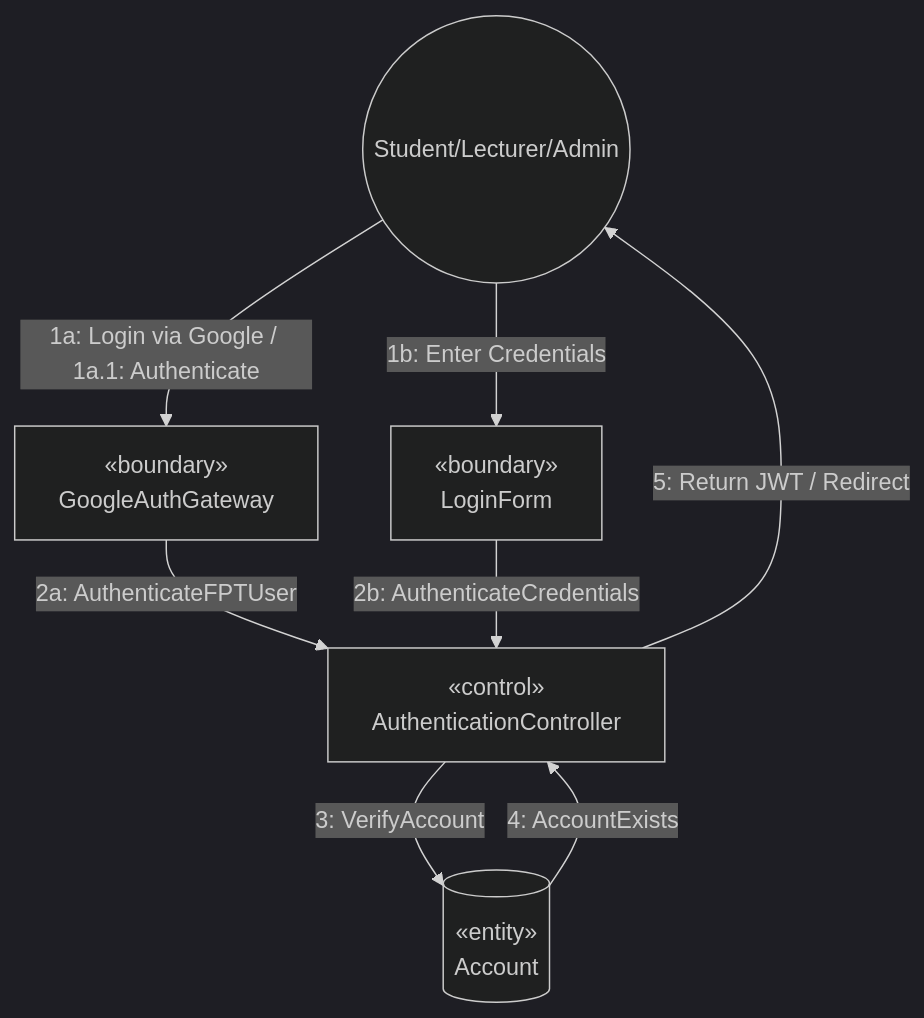
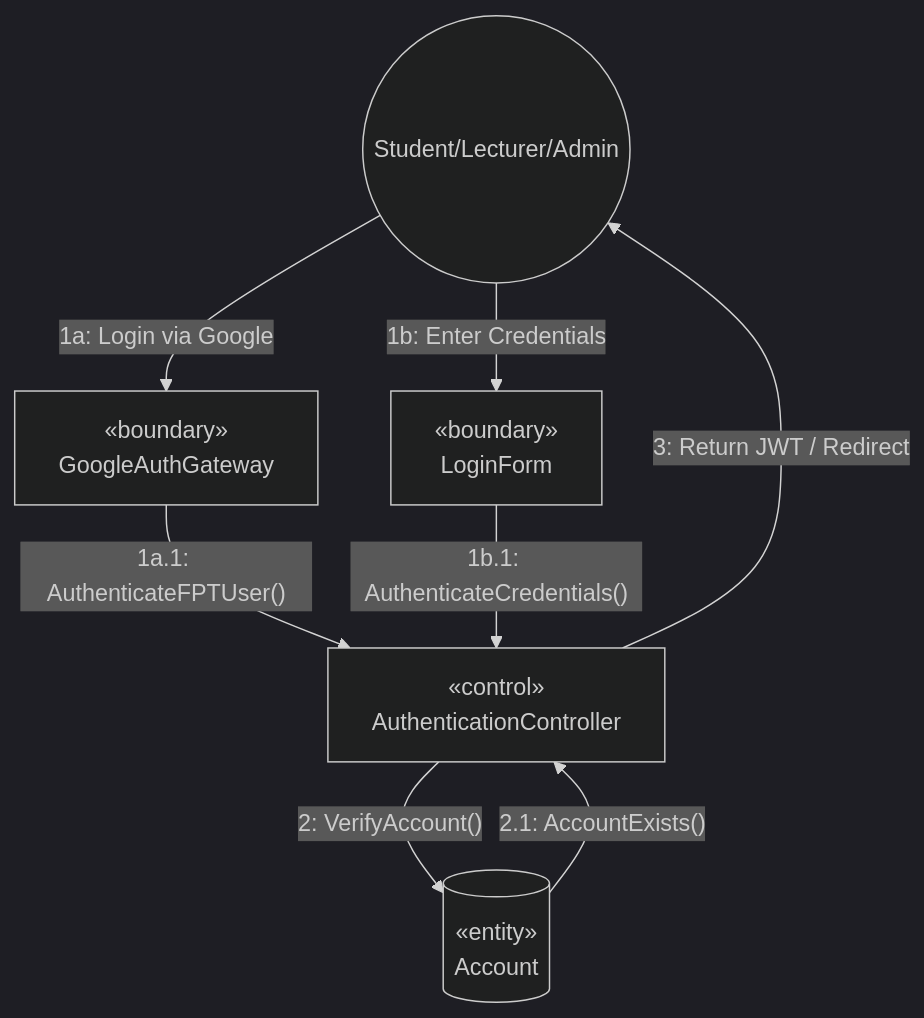
Before and after one commit to nttung42/SWD392: the ninth of 31 diagrams in AFAS_RDS_Document.md, drawn with Mermaid (dark theme). The commit also changed other lines of this file, not shown here.

````diff
--- a/AFAS_RDS_Document.md
+++ b/AFAS_RDS_Document.md
@@ -727,19 +1139,19 @@
 ```mermaid
 graph TD
     User((Student/Lecturer/Admin))
     LGG[«boundary»<br>GoogleAuthGateway]
     LAF[«boundary»<br>LoginForm]
     AC[«control»<br>AuthenticationController]
     ACC[(«entity»<br>Account)]
 
     %% Connections and Messages
-    User -->|1a: Login via Google / 1a.1: Authenticate| LGG
-    User -->|1b: Enter Credentials| LAF
+    User -->|"1a: Login via Google"| LGG
+    User -->|"1b: Enter Credentials"| LAF
     
-    LGG -->|2a: AuthenticateFPTUser| AC
-    LAF -->|2b: AuthenticateCredentials| AC
+    LGG -->|"1a.1: AuthenticateFPTUser()"| AC
+    LAF -->|"1b.1: AuthenticateCredentials()"| AC
     
-    AC -->|3: VerifyAccount| ACC
-    ACC -->|4: AccountExists| AC
-    AC -->|5: Return JWT / Redirect| User
+    AC -->|"2: VerifyAccount()"| ACC
+    ACC -->|"2.1: AccountExists()"| AC
+    AC -->|"3: Return JWT / Redirect"| User
 ```
````
